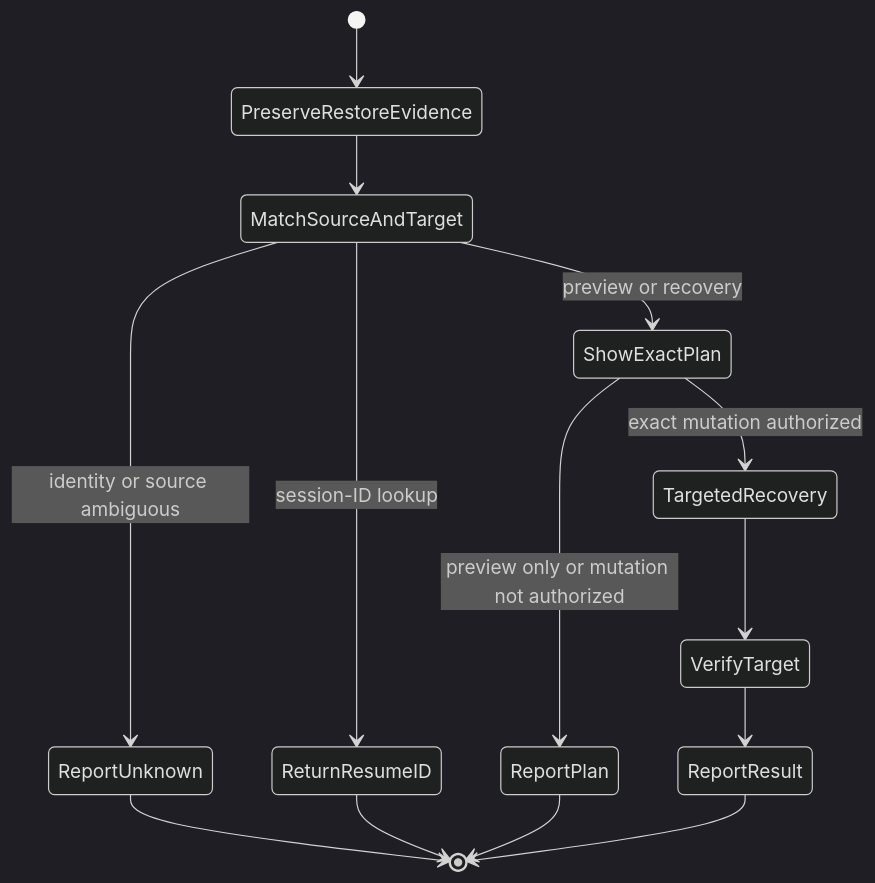
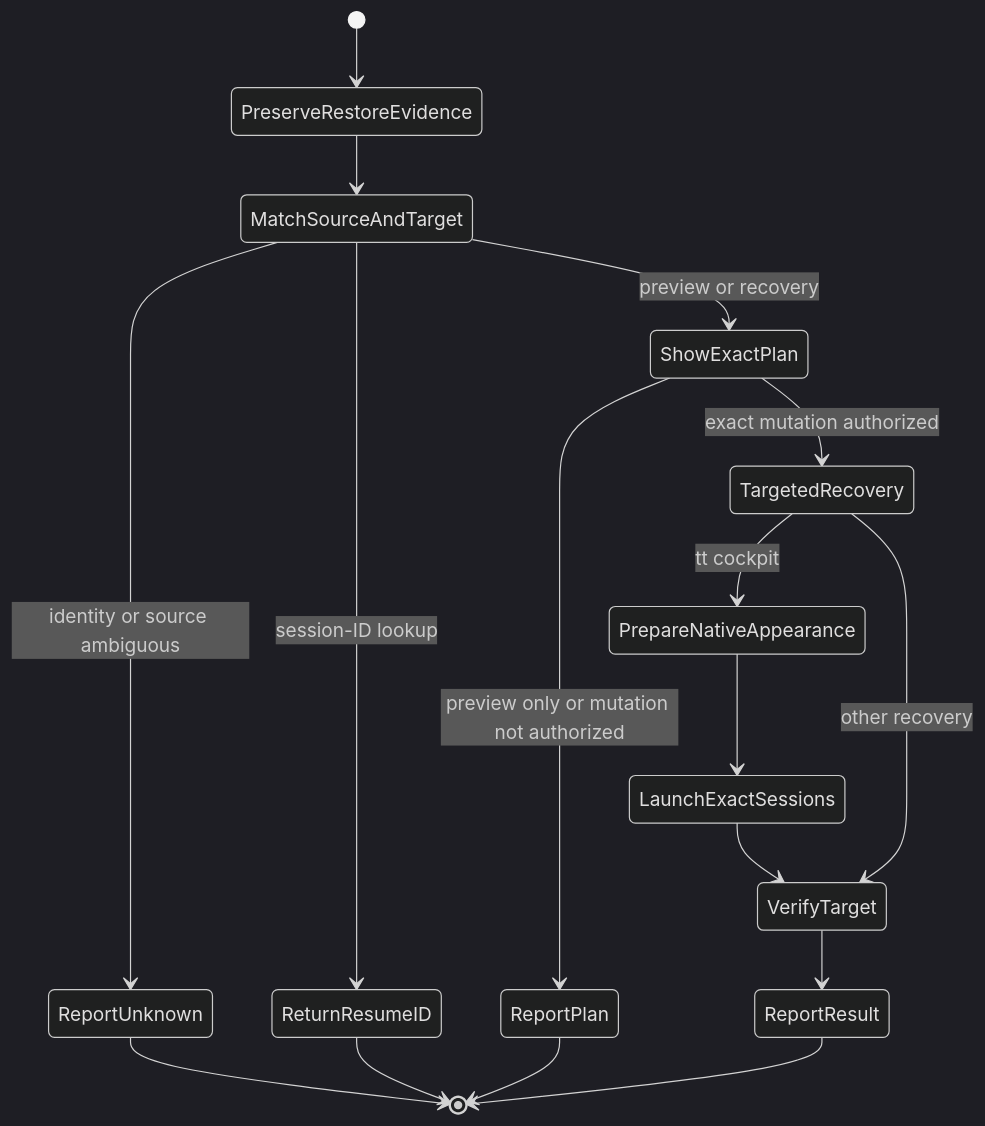
The diagram in skills/codex-session-recovery/SKILL.md (vincentkoc/dotskills), drawn with Mermaid (dark theme) before and after one commit. The commit also changed other lines of this file and 1 other file, not shown here.

Commit message:
docs(recovery): preserve native cockpit appearance and sizing

````diff
--- a/skills/codex-session-recovery/SKILL.md
+++ b/skills/codex-session-recovery/SKILL.md
@@ -63,16 +65,19 @@
 ```mermaid
 stateDiagram-v2
     [*] --> PreserveRestoreEvidence
     PreserveRestoreEvidence --> MatchSourceAndTarget
     MatchSourceAndTarget --> ReportUnknown: identity or source ambiguous
     MatchSourceAndTarget --> ReturnResumeID: session-ID lookup
     MatchSourceAndTarget --> ShowExactPlan: preview or recovery
     ShowExactPlan --> ReportPlan: preview only or mutation not authorized
     ShowExactPlan --> TargetedRecovery: exact mutation authorized
-    TargetedRecovery --> VerifyTarget
+    TargetedRecovery --> PrepareNativeAppearance: tt cockpit
+    PrepareNativeAppearance --> LaunchExactSessions
+    LaunchExactSessions --> VerifyTarget
+    TargetedRecovery --> VerifyTarget: other recovery
     VerifyTarget --> ReportResult
     ReportUnknown --> [*]
     ReturnResumeID --> [*]
     ReportPlan --> [*]
     ReportResult --> [*]
 ```
````
